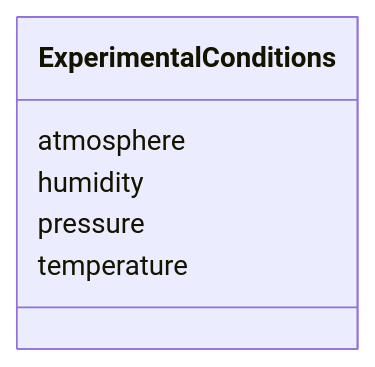
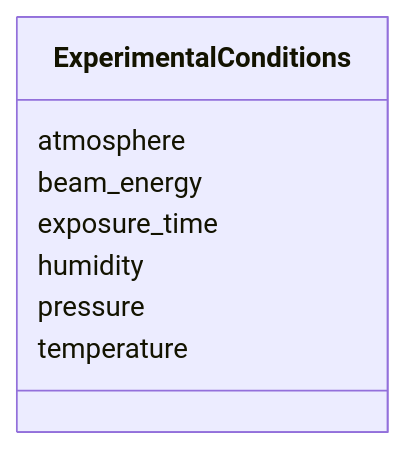
Before and after one commit to cmungall/biostride: the diagram in docs/ExperimentalConditions.md, drawn with Mermaid. The commit also changed other lines of this file and 79 other files, not shown here.

First line of the commit message:
feat: Complete Kibler 2024 annotation and schema extensions

````diff
--- a/docs/ExperimentalConditions.md
+++ b/docs/ExperimentalConditions.md
@@ -18,14 +18,18 @@
 ```mermaid
  classDiagram
     class ExperimentalConditions
     click ExperimentalConditions href "../ExperimentalConditions/"
       ExperimentalConditions : atmosphere
+        
+      ExperimentalConditions : beam_energy
+        
+      ExperimentalConditions : exposure_time
         
       ExperimentalConditions : humidity
         
       ExperimentalConditions : pressure
         
       ExperimentalConditions : temperature
         
       
 ```
````
